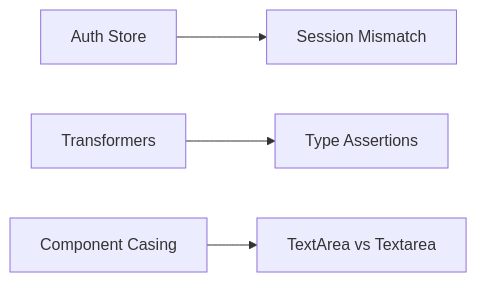
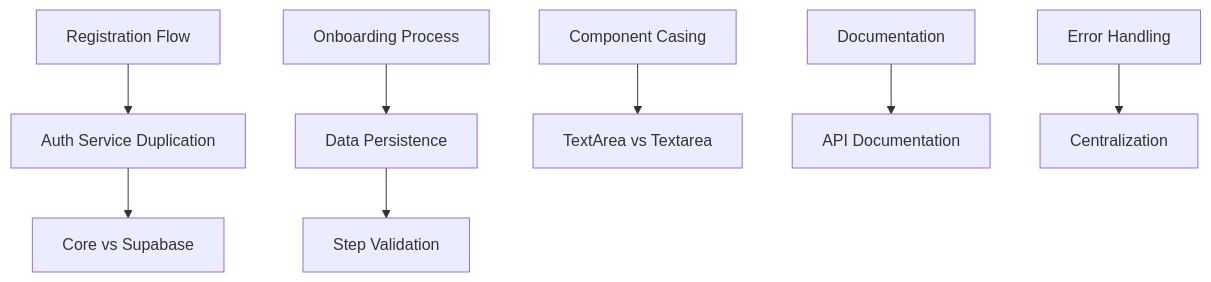
One commit to mkshadyf/pointmebooking changed the diagram in .cursor/rules/point-me-debugging-rules.mdc. Above: the diagram before and after it, drawn with Mermaid. The commit also changed other lines of this file and 85 other files, not shown here.

First line of the commit message:
Refactor Authentication and Onboarding Flow with Enhanced Error Handling

````diff
--- a/.cursor/rules/point-me-debugging-rules.mdc
+++ b/.cursor/rules/point-me-debugging-rules.mdc
@@ -14,6 +18,10 @@
 ```mermaid
-graph LR
-    A[Auth Store] --> B[Session Mismatch]
-    C[Transformers] --> D[Type Assertions]
-    E[Component Casing] --> F[TextArea vs Textarea]
+graph TD
+    A[Registration Flow] --> B[Auth Service Duplication]
+    B --> C[Core vs Supabase]
+    D[Onboarding Process] --> E[Data Persistence]
+    E --> F[Step Validation]
+    G[Component Casing] --> H[TextArea vs Textarea]
+    I[Documentation] --> J[API Documentation]
+    K[Error Handling] --> L[Centralization]
 ```
````
